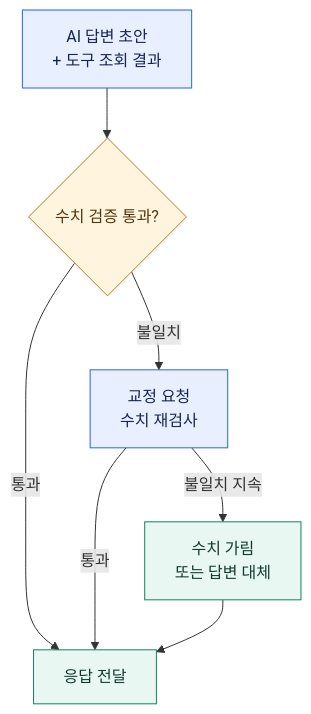
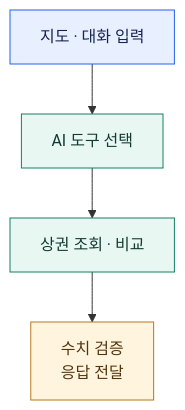
One commit to SJayKim/SJayKim changed the ninth of 9 diagrams in README.md. Above: the diagram before and after it, drawn with Mermaid. The commit also changed other lines of this file, not shown here.

````diff
--- a/README.md
+++ b/README.md
@@ -50,16 +252,13 @@
 ```mermaid
 flowchart TB
-    DRAFT["AI 답변 초안<br/>+ 도구 조회 결과"] --> CHECK{"수치 검증 통과?"}
-    CHECK -- "통과" --> SEND["응답 전달"]
-    CHECK -- "불일치" --> RETRY["교정 요청<br/>수치 재검사"]
-    RETRY -- "통과" --> SEND
-    RETRY -- "불일치 지속" --> FALLBACK["수치 가림<br/>또는 답변 대체"]
-    FALLBACK --> SEND
+    UI["지도 · 대화 입력"] --> AGENT["AI 도구 선택"]
+    AGENT --> TOOLS["상권 조회 · 비교"]
+    TOOLS --> ANSWER["수치 검증<br/>응답 전달"]
 
-    classDef action fill:#e8f0ff,stroke:#2563eb,color:#172554
-    classDef check fill:#fff5df,stroke:#b7791f,color:#54360d
-    classDef result fill:#e8f7f2,stroke:#168063,color:#123b30
-    class DRAFT,RETRY action
-    class CHECK check
-    class FALLBACK,SEND result
+    classDef input fill:#e8f0ff,stroke:#2563eb,color:#172554
+    classDef work fill:#e8f7f2,stroke:#168063,color:#123b30
+    classDef result fill:#fff5df,stroke:#b7791f,color:#54360d
+    class UI input
+    class AGENT,TOOLS work
+    class ANSWER result
 ```
````
